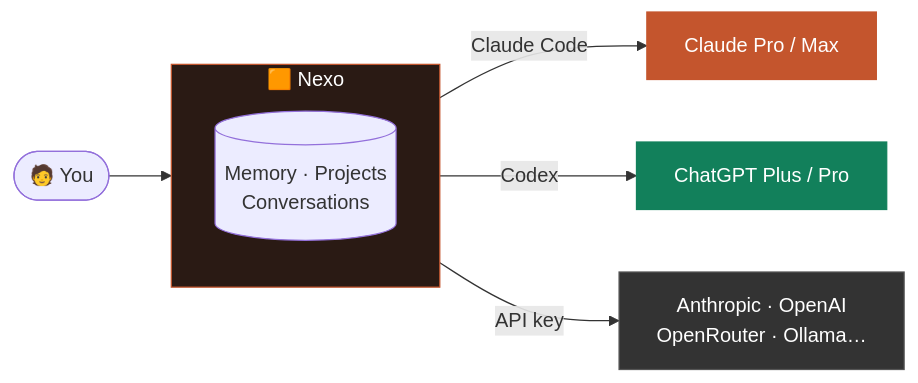
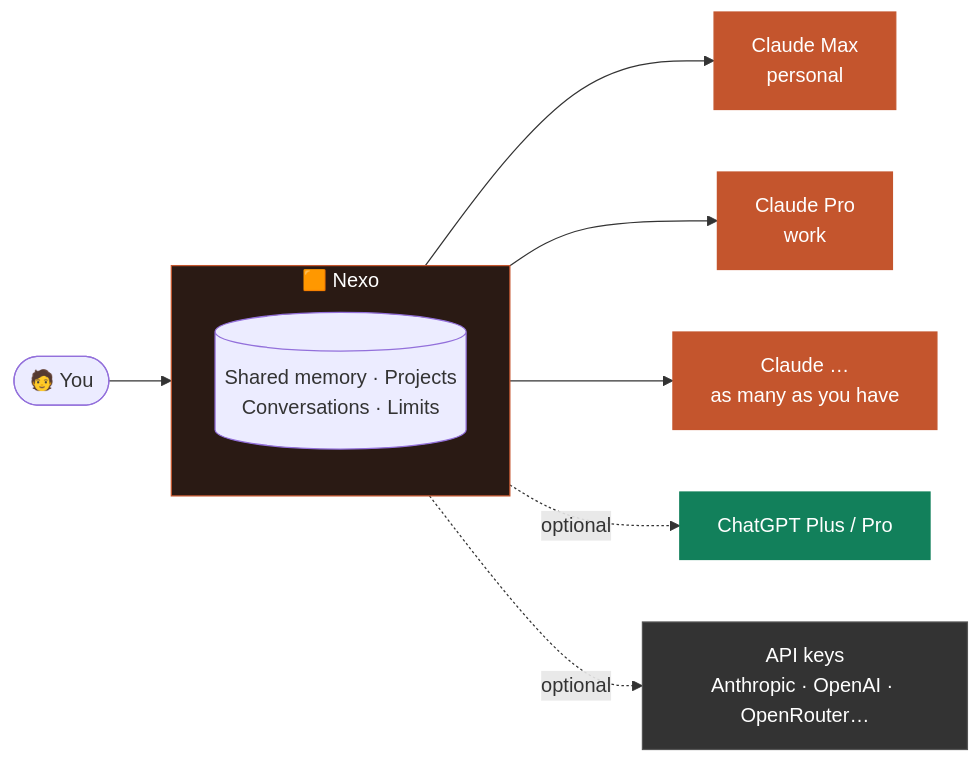
Before and after one commit to CrushedDEV/nexo-releases: the first of 2 diagrams in README.md, drawn with Mermaid. The commit also changed other lines of this file, not shown here.

First line of the commit message:
README: centrado en usar varias cuentas de Claude

````diff
--- a/README.md
+++ b/README.md
@@ -60,14 +64,18 @@
 ```mermaid
 flowchart LR
     You([🧑 You]) --> Nexo
     subgraph Nexo [" 🟧 Nexo "]
-        M[(Memory · Projects<br>Conversations)]
+        M[(Shared memory · Projects<br>Conversations · Limits)]
     end
-    Nexo -->|Claude Code| C[Claude Pro / Max]
-    Nexo -->|Codex| G[ChatGPT Plus / Pro]
-    Nexo -->|API key| A[Anthropic · OpenAI<br>OpenRouter · Ollama…]
+    Nexo --> C1[Claude Max<br>personal]
+    Nexo --> C2[Claude Pro<br>work]
+    Nexo --> C3[Claude …<br>as many as you have]
+    Nexo -.->|optional| G[ChatGPT Plus / Pro]
+    Nexo -.->|optional| A[API keys<br>Anthropic · OpenAI · OpenRouter…]
     style Nexo fill:#2a1a14,stroke:#c4552d,color:#fff
-    style C fill:#c4552d,stroke:#c4552d,color:#fff
+    style C1 fill:#c4552d,stroke:#c4552d,color:#fff
+    style C2 fill:#c4552d,stroke:#c4552d,color:#fff
+    style C3 fill:#c4552d,stroke:#c4552d,color:#fff
     style G fill:#12805b,stroke:#12805b,color:#fff
     style A fill:#333,stroke:#555,color:#fff
 ```
````
